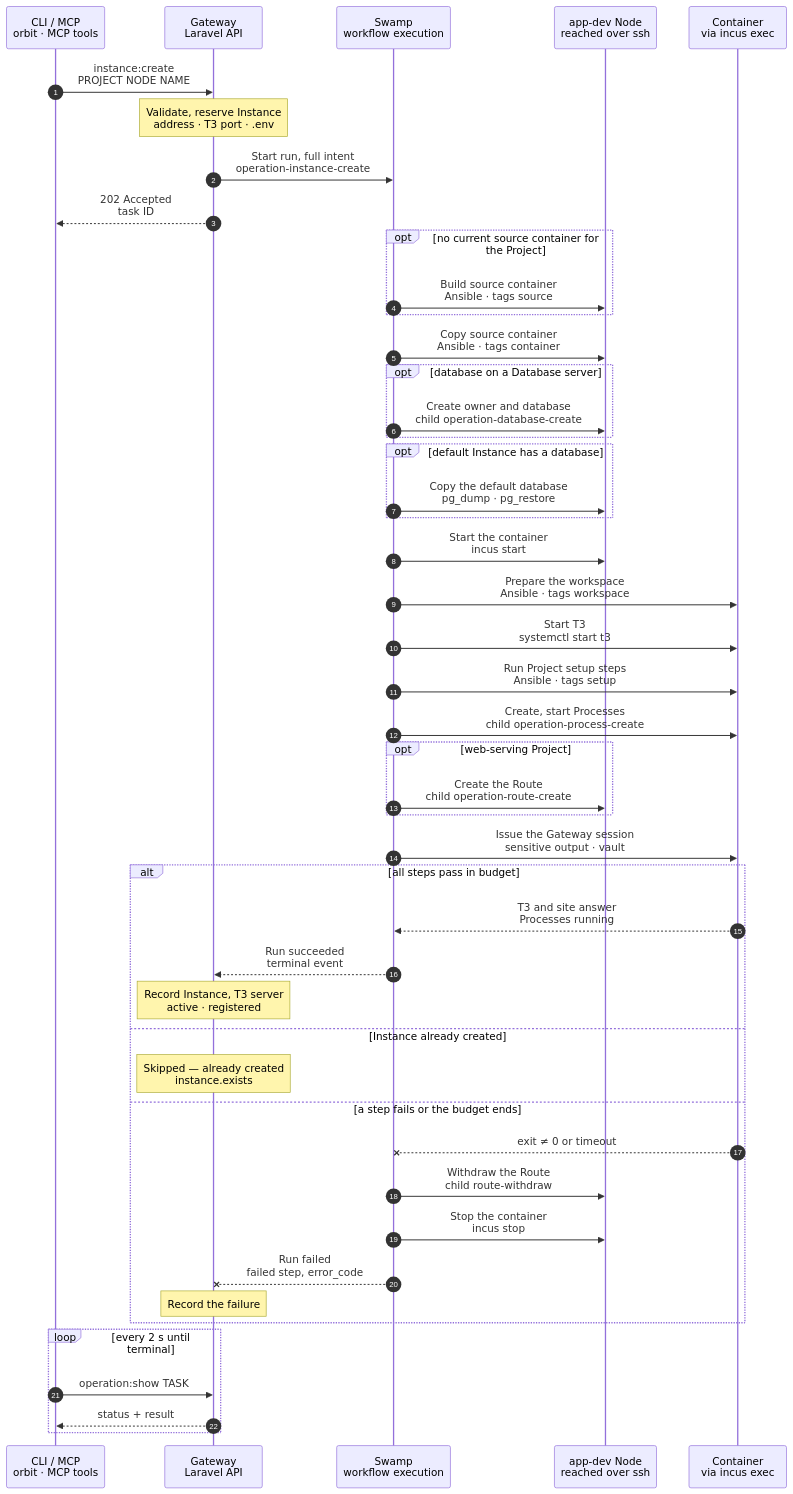
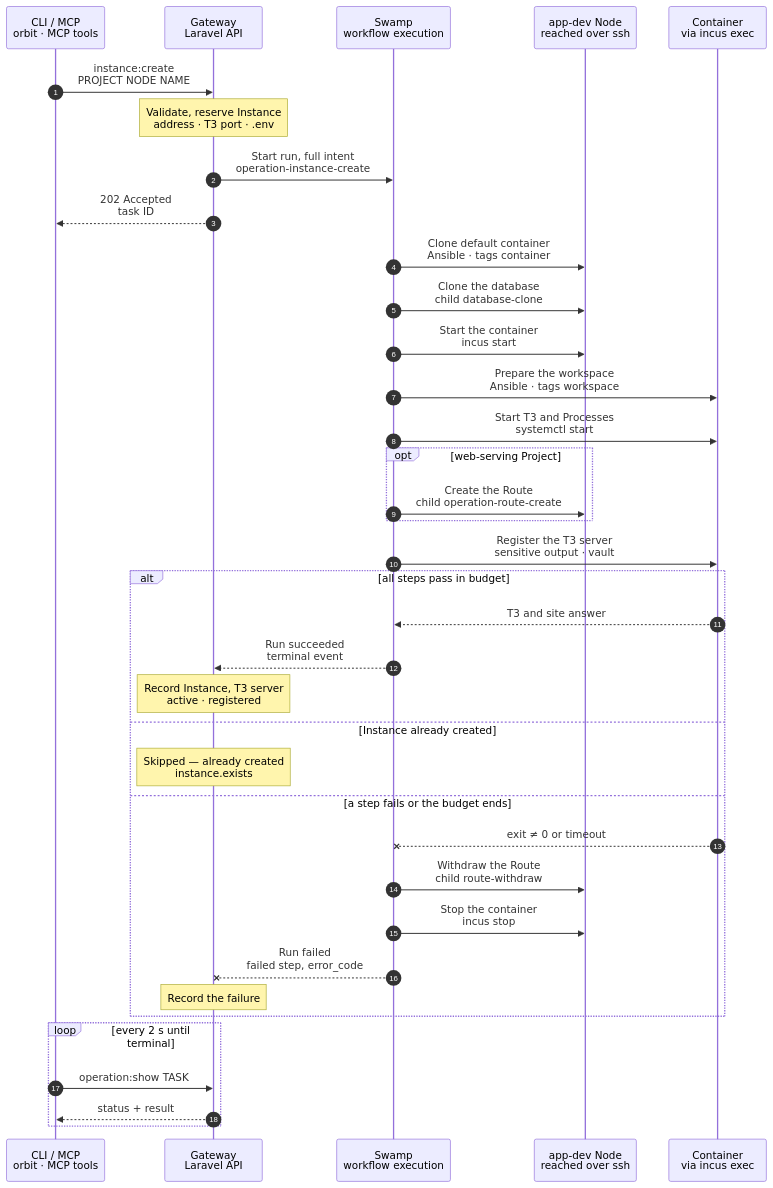
One commit to hardimpactdev/orbit changed the diagram in docs/cli/instance/container/create.mmd. Above: the diagram before and after it, drawn with Mermaid. The commit also changed 14 other files, not shown here.

First line of the commit message:
docs: record the 2026-11-09 answers to the step 6 open questions

```diff
--- a/docs/cli/instance/container/create.mmd
+++ b/docs/cli/instance/container/create.mmd
@@ -1,130 +1,99 @@
 sequenceDiagram
-  %% Target design, container runtime (ADR 0250 step 6, docs/reference/development-containers.md): on an app-dev Node with `settings.apps.containers`, `instance:create` makes a container. The kind and its step names follow docs/cli/instance/create.mmd; the intent carries `runtime: container`. `--from` is drawn in container/copy.mmd.
+  %% Target design, container runtime (ADR 0250 step 6, docs/reference/development-containers.md#create): every app-dev Node runs its Instances in containers, and every new Instance is a ZFS clone of the Project's default Instance on the Node, with a clone of its database. The kind and its step names follow docs/cli/instance/create.mmd; the intent carries `runtime: container`. The Project's first default Instance is container/create-default.mmd.
   %% status: draft
   %% command: instance:create
   %% kind: instance.create
   autonumber
   %% lane CLI icon=terminal pill=caller tone=gray
   %% lane GW icon=gateway pill=intent tone=blue
   %% lane SW icon=workflow pill=executes tone=green
   %% lane N icon=server pill=target tone=amber
   %% lane C icon=server pill=target tone=purple
   participant CLI as CLI / MCP<br/>orbit · MCP tools
   participant GW as Gateway<br/>Laravel API
   participant SW as Swamp<br/>workflow execution
   participant N as app-dev Node<br/>reached over ssh
   participant C as Container<br/>via incus exec
   CLI->>GW: instance:create<br/>PROJECT NODE NAME
   %%> Command:
   %%> - `orbit instance:create PROJECT NODE NAME`
-  %%> - syntax: `<project> <node> <name> [--root=PATH] [--domain=HOST] [--branch=BRANCH] [--database-server=SLUG] [--from=INSTANCE]`
+  %%> - syntax: `<project> <node> <name> [--root=PATH] [--domain=HOST] [--branch=BRANCH]`
   %%> Who calls it:
   %%> - the `orbit` CLI, the MCP tool, and Conn when a thread starts in an Orbit Project
   Note over GW: Validate, reserve Instance<br/>address · T3 port · .env
   %%> Requirements:
-  %%> - the calling Node has node access to the target Node
-  %%> - the target is an active `app-dev` Node with `settings.apps.containers`
-  %%> - a database server, when given, is on the same Node, else `instance.database_server_remote` (open question 11 in the plan)
-  %%> - no other change runs on the Instance; the Gateway holds one lock per Instance and holds the Route's Nodes
+  %%> - the calling Node has node access to the target Node, an active `app-dev` Node
+  %%> - the Project has an active default Instance on the Node, else `instance.default_missing`
+  %%> - no other change runs on the Instance or the default Instance; the Gateway holds the Route's Nodes
   %%> Result:
-  %%> - the Instance is reserved with its runtime record: container name, bridge address, a free port from `t3_ports`, and its Route
+  %%> - the Instance is reserved with its runtime record: container name, bridge address, a free T3 port and its Route
   %%> - `.env` is rendered from the Project's env template; the placeholder model key and a repository read token go to the vault
   %%> - the intent names the vault key where the run stores the new Gateway session for this T3 server
   %%> - a task is recorded with the full intent, `runtime: container`
   GW->>SW: Start run, full intent<br/>operation-instance-create
   GW-->>CLI: 202 Accepted<br/>task ID
-  opt no current source container for the Project
-    SW->>N: Build source container<br/>Ansible · tags source
-    %%> What it does:
-    %%> - launches `<project>-source-<commit>` from the Node's image, fetches the default branch on the Node with the read token and pushes it in
-    %%> - installs the dependencies from the lockfiles as `orbit`, with the install that a cold wake runs today; it runs no setup step, because there is no database and no `.env`
-    %%> - stops it; T3 never starts in it, because its unit starts only when `/etc/orbit/instance` exists
-    %%> Why:
-    %%> - every copy then starts T3 for the first time and makes its own identity
-    %%> Once:
-    %%> - later creates reuse it; a rebuild makes a new one beside it (open question 8 in the plan)
-  end
-  SW->>N: Copy source container<br/>Ansible · tags container
+  SW->>N: Clone default container<br/>Ansible · tags container
   %%> What it does:
-  %%> - `incus copy` of the current source container, a ZFS clone
-  %%> - sets the bridge address with `security.port_isolation`, so containers on the bridge cannot reach each other
-  %%> - sets `limits.cpu`, `limits.memory`, the read-only idmapped mount of `/opt/orbit-agent`, and the T3 proxy device on the Node's WireGuard address and the Instance's port
-  %%> - adds the firewall route rule for that port; nothing else of the Node changes
+  %%> - `incus copy` of the default Instance's container, a ZFS clone; a sleeping default is cloned as it is
+  %%> - sets the bridge address with `security.port_isolation`, `limits.cpu`, `limits.memory`, the idmapped mounts of `/opt/orbit-runtime` and `/opt/orbit-agent`, and the T3 proxy device
+  %%> - adds the firewall rules for the T3 port and for the database server's port
   %%> Branch:
-  %%> - fetches the Instance's branch on the Node with the read token, or creates it from the default branch; the token stays on the Node and is removed after the step
-  opt database on a Database server
-    SW->>N: Create owner and database<br/>child operation-database-create
-    %%> What it adds:
-    %%> - the same steps as today; the server admits the Node's bridge for this role only
-  end
-  opt default Instance has a database
-    SW->>N: Copy the default database<br/>pg_dump · pg_restore
-    %%> Why before setup:
-    %%> - the copy lands first, so setup migrates a copy, not an empty database
-    %%> How:
-    %%> - one consistent `pg_dump` of the default Instance's database while it runs, restored into the new database with `--no-owner --no-privileges`
-  end
+  %%> - fetches the Instance's branch on the Node with the read token, or creates it at the default Instance's commit; the token stays on the Node
+  SW->>N: Clone the database<br/>child database-clone
+  %%> What it does, through the database family:
+  %%> - creates the Instance's owner, then clones the default database
+  %%> - same server: `CREATE DATABASE … TEMPLATE`, after a moment without connections to the default database
+  %%> - another server: one `pg_dump` snapshot, restored with `pg_restore --single-transaction`
+  %%> Runs beside the step before it: Swamp starts both at once.
   SW->>N: Start the container<br/>incus start
   %%> What it does:
   %%> - nftables, `hidepid` and the image's units start; T3 does not, because `/etc/orbit/instance` does not exist yet
   SW->>C: Prepare the workspace<br/>Ansible · tags workspace
   %%> What it does:
-  %%> - pushes the branch in and checks it out in `/srv/workspace`; sets the group, setgid bits and default ACLs
+  %%> - pushes the branch in and checks it out in `/srv/workspace`; the group, setgid bits and default ACLs come with the clone
   %%> - writes `.env` for `orbit` with group `work`, and the placeholder key, Claude Code and Codex settings for `agent`
   %%> - links `~/.claude/CLAUDE.md` and `~/.codex/AGENTS.md` of `agent` to the note of the Project type
-  %%> - writes `/etc/orbit/instance`, owned by root and readable by all: the Instance, its Project and its URL, which the note points to
-  SW->>C: Start T3<br/>systemctl start t3
+  %%> - writes `/etc/orbit/instance`, owned by root and readable by all
+  %%> No setup steps:
+  %%> - the default Instance installed the dependencies and migrated; a later lockfile change is installed in the workspace
+  SW->>C: Start T3 and Processes<br/>systemctl start
   %%> What it does:
-  %%> - T3 starts for the first time and creates its identity
-  %%> - adds the T3 project `/srv/workspace` as `agent`, so a thread can start in it
+  %%> - T3 starts for the first time and creates its identity; the T3 project `/srv/workspace` is added as `agent`
+  %%> - the Processes start as `orbit` units, FrankenPHP among them
   %%> Check:
-  %%> - waits up to 30 s for `/.well-known/t3/environment`, else `instance.t3_unready`
-  SW->>C: Run Project setup steps<br/>Ansible · tags setup
-  %%> As whom:
-  %%> - each step runs as `orbit` in the workspace, one after another; the first failure stops the run
-  %%> When:
-  %%> - a Project without setup steps runs no setup phase
-  SW->>C: Create, start Processes<br/>child operation-process-create
-  %%> What it does:
-  %%> - each Process is a systemd unit in the container with `User=orbit`
-  %%> Why after setup:
-  %%> - Processes need the installed dependencies
+  %%> - waits up to 30 s for `/.well-known/t3/environment` and the units, else `instance.t3_unready`
   opt web-serving Project
     SW->>N: Create the Route<br/>child operation-route-create
     %%> What it adds:
     %%> - the same steps as `route:create`, with its key and signature, then a TLS probe of the site
-    %%> - the Node's Caddy proxies the Route to the web Process at the container's bridge address
-    %%> - only an Orbit Process is ever a Route target, so a preview reaches only `orbit`
+    %%> - the Node's Caddy proxies the Route to FrankenPHP at the container's bridge address
   end
-  SW->>C: Issue the Gateway session<br/>sensitive output · vault
+  SW->>C: Register the T3 server<br/>sensitive output · vault
   %%> What it does:
-  %%> - see container/t3-register.mmd: `t3 auth session issue --label "Orbit Gateway"` as `agent`, stored in the vault
-  %%> - the step itself checks the served environment id and the session's scopes; the run returns the environment id, URL and vault key
+  %%> - see container/t3-register.mmd: the session goes to the vault, and the step checks the environment id and scopes
   alt all steps pass in budget
-    C-->>SW: T3 and site answer<br/>Processes running
+    C-->>SW: T3 and site answer
     SW-->>GW: Run succeeded<br/>terminal event
     Note over GW: Record Instance, T3 server<br/>active · registered
     %%> Result:
-    %%> - the Instance, its runtime and its Route become active
-    %%> - the Conn layer records the T3 server from the result and moves its session from the vault; its Node is the container's Node and it names the Instance
+    %%> - the Instance, its runtime and its Route become active; the runtime records the default Instance it came from
+    %%> - the Conn layer records the T3 server from the result; its Node is the container's Node and it names the Instance
   else Instance already created
     Note over GW: Skipped — already created<br/>instance.exists
-    %%> Result:
-    %%> - the Instance is active and its first setup finished, so no step runs
   else a step fails or the budget ends
     C--xSW: exit ≠ 0 or timeout
     SW->>N: Withdraw the Route<br/>child route-withdraw
     %%> When:
     %%> - only when the run published it
     SW->>N: Stop the container<br/>incus stop
     %%> What stays:
     %%> - the stopped container, its database and its runtime record, marked failed; `instance:destroy` removes them
     SW--xGW: Run failed<br/>failed step, error_code
     Note over GW: Record the failure
     %%> Retry:
     %%> - run the same command again; it resumes on the same container and database
   end
   loop every 2 s until terminal
     CLI->>GW: operation:show TASK
     GW-->>CLI: status + result
   end
```
